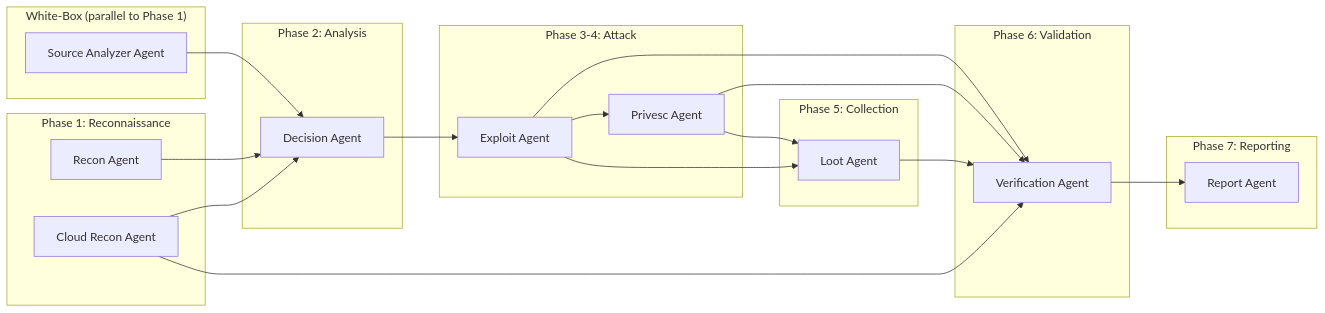
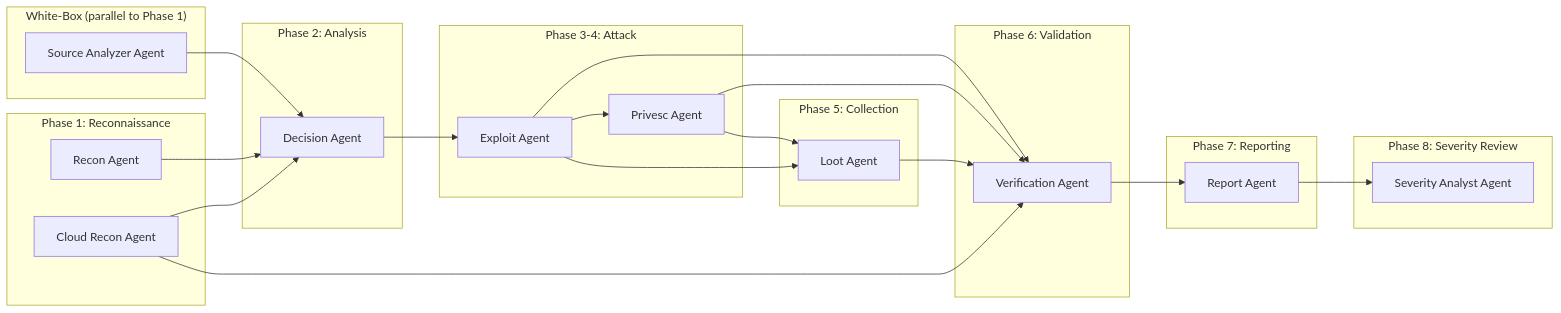
One commit to goldenapplestudios/Clicky changed the second of 23 diagrams in docs/agents.md. Above: the diagram before and after it, drawn with Mermaid. The commit also changed other lines of this file and 9 other files, not shown here.

First line of the commit message:
Document severity-analyst-agent; update agent-count references (9 -> 10)

````diff
--- a/docs/agents.md
+++ b/docs/agents.md
@@ -58,45 +59,50 @@
 ```mermaid
 flowchart LR
     subgraph Reconnaissance["Phase 1: Reconnaissance"]
         RECON["Recon Agent"]
         CLOUD["Cloud Recon Agent"]
     end
 
     subgraph Analysis["Phase 2: Analysis"]
         DECISION["Decision Agent"]
     end
 
     subgraph Exploitation["Phase 3-4: Attack"]
         EXPLOIT["Exploit Agent"]
         PRIVESC["Privesc Agent"]
     end
 
     subgraph Collection["Phase 5: Collection"]
         LOOT["Loot Agent"]
     end
 
     subgraph WhiteBox["White-Box (parallel to Phase 1)"]
         SRC["Source Analyzer Agent"]
     end
 
     subgraph Review["Phase 6: Validation"]
         VERIFY["Verification Agent"]
     end
 
     subgraph Reporting["Phase 7: Reporting"]
         REPORT["Report Agent"]
     end
 
+    subgraph SeverityReview["Phase 8: Severity Review"]
+        SEVERITY["Severity Analyst Agent"]
+    end
+
     SRC --> DECISION
     RECON --> DECISION
     CLOUD --> DECISION
     DECISION --> EXPLOIT
     EXPLOIT --> PRIVESC
     PRIVESC --> LOOT
     EXPLOIT --> LOOT
     EXPLOIT --> VERIFY
     PRIVESC --> VERIFY
     LOOT --> VERIFY
     CLOUD --> VERIFY
     VERIFY --> REPORT
+    REPORT --> SEVERITY
 ```
````
